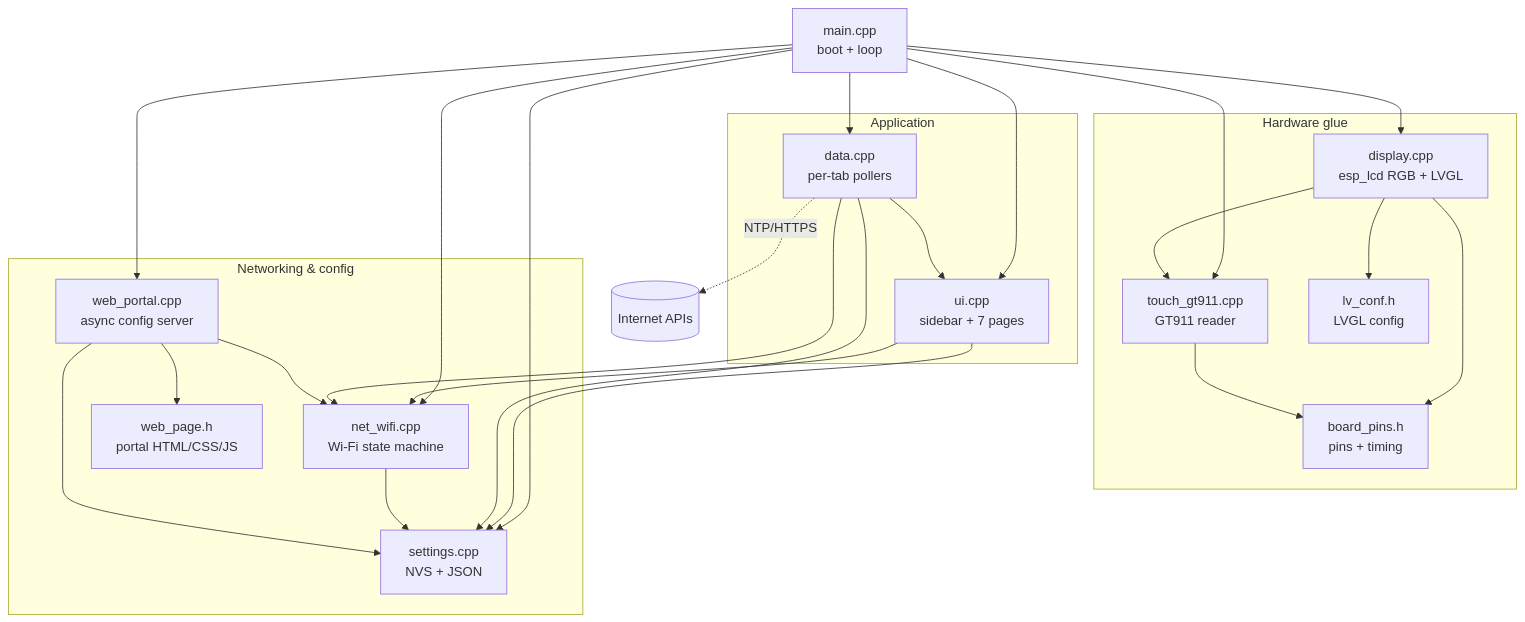
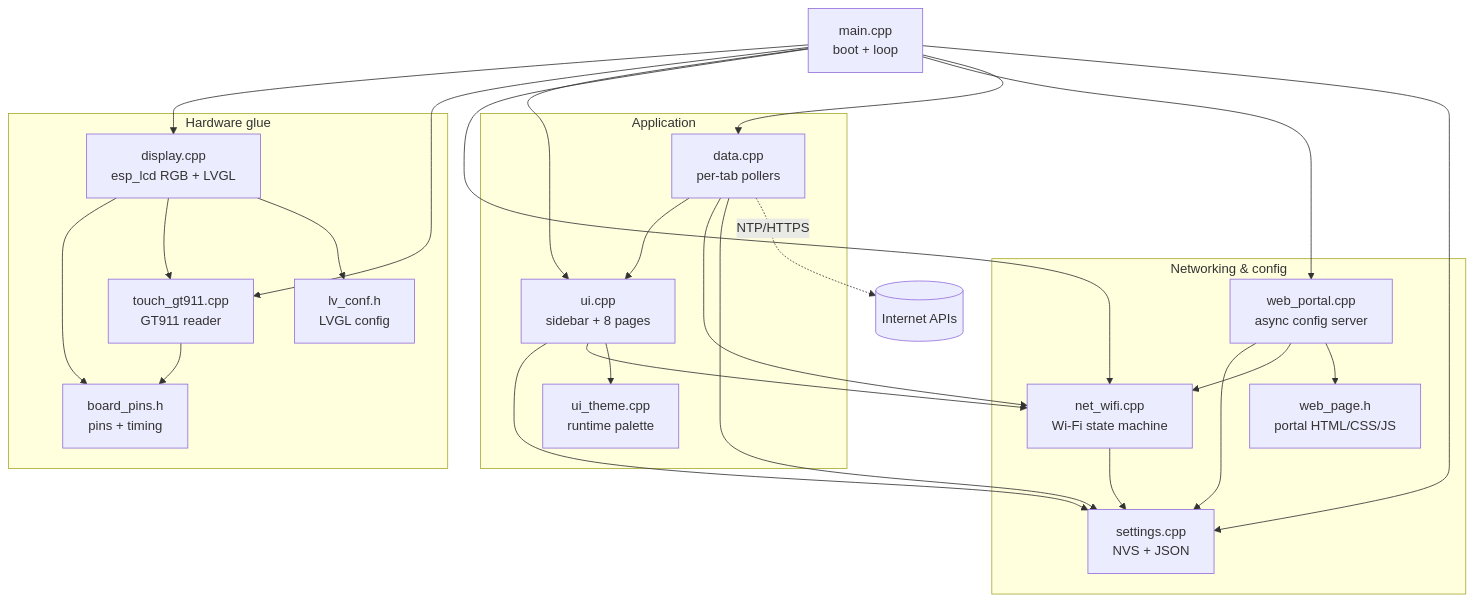
Before and after one commit to howardginsburg/CrowPanel-Hub: the first of 4 diagrams in architecture.md, drawn with Mermaid. The commit also changed other lines of this file and 8 other files, not shown here.

````diff
--- a/architecture.md
+++ b/architecture.md
@@ -120,32 +126,33 @@
 ```mermaid
 graph TD
     main[main.cpp<br/>boot + loop]
 
     subgraph HW[Hardware glue]
         pins[board_pins.h<br/>pins + timing]
         disp[display.cpp<br/>esp_lcd RGB + LVGL]
         touch[touch_gt911.cpp<br/>GT911 reader]
         lvconf[lv_conf.h<br/>LVGL config]
     end
 
     subgraph APP[Application]
-        ui[ui.cpp<br/>sidebar + 7 pages]
+        ui[ui.cpp<br/>sidebar + 8 pages]
+        theme[ui_theme.cpp<br/>runtime palette]
         data[data.cpp<br/>per-tab pollers]
     end
 
     subgraph NET[Networking & config]
         net[net_wifi.cpp<br/>Wi-Fi state machine]
         web[web_portal.cpp<br/>async config server]
         page[web_page.h<br/>portal HTML/CSS/JS]
         cfg[settings.cpp<br/>NVS + JSON]
     end
 
     main --> disp & touch & ui & net & web & data & cfg
     disp --> pins & touch & lvconf
     touch --> pins
-    ui --> cfg & net
+    ui --> cfg & net & theme
     data --> ui & net & cfg
     net --> cfg
     web --> cfg & net & page
     data -. NTP/HTTPS .-> Internet[(Internet APIs)]
 ```
````
